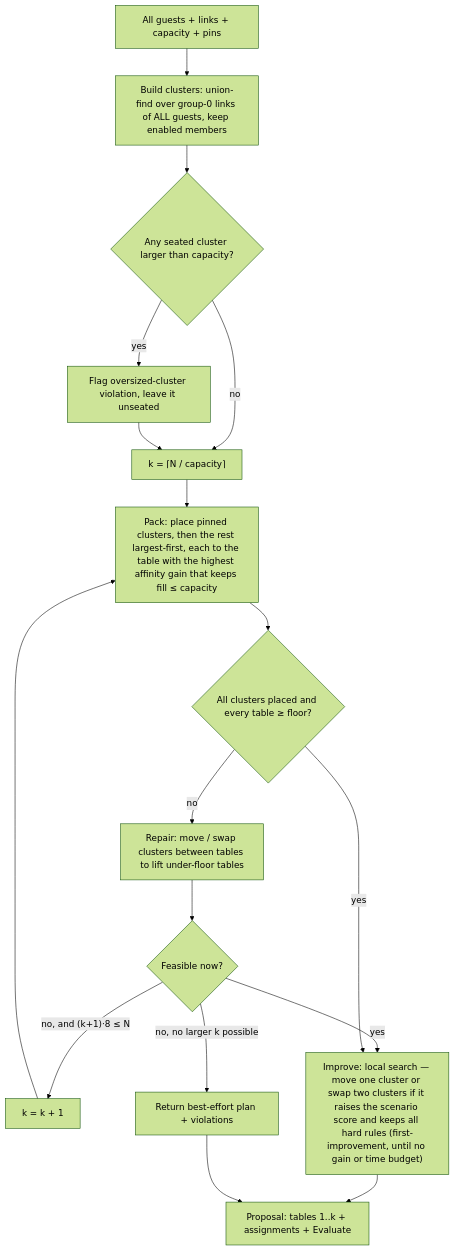
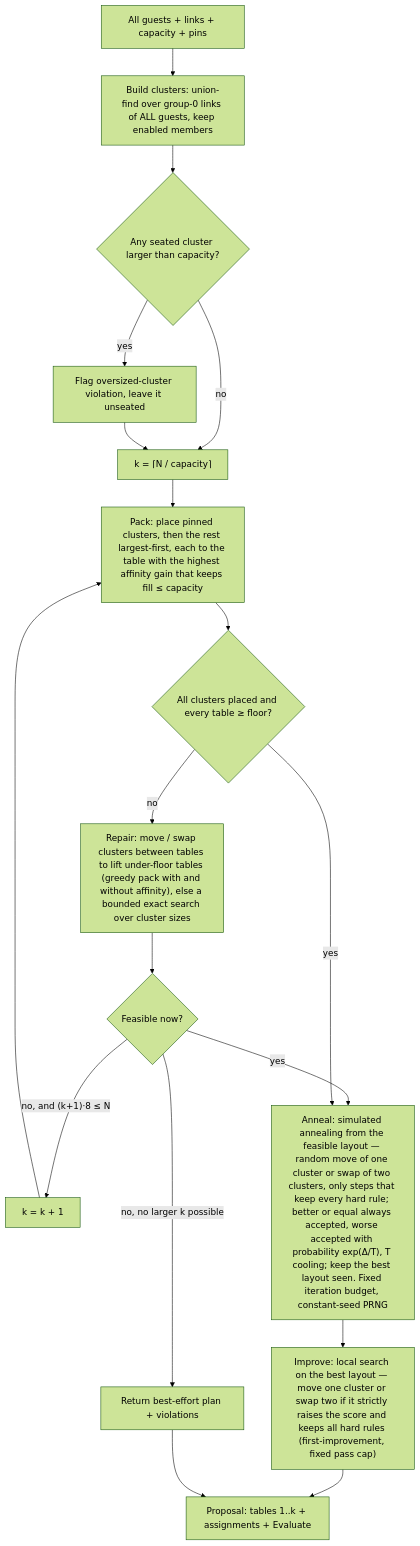
The diagram in docs/architecture/03-seating-model.md (emicon123/wedding-seating-planner), drawn with Mermaid (forest theme) before and after one commit. The commit also changed other lines of this file and 3 other files, not shown here.

First line of the commit message:
docs(architecture): simulated-annealing stage for auto-seating (task 008, phase A)

````diff
--- a/docs/architecture/03-seating-model.md
+++ b/docs/architecture/03-seating-model.md
@@ -68,18 +70,19 @@
 ```mermaid
 flowchart TD
     A[All guests + links + capacity + pins] --> B["Build clusters: union-find over group-0 links of ALL guests, keep enabled members"]
     B --> C{"Any seated cluster larger than capacity?"}
     C -- yes --> C1["Flag oversized-cluster violation, leave it unseated"]
     C -- no --> D
     C1 --> D["k = ⌈N / capacity⌉"]
     D --> E["Pack: place pinned clusters, then the rest largest-first, each to the table with the highest affinity gain that keeps fill ≤ capacity"]
     E --> F{"All clusters placed and every table ≥ floor?"}
-    F -- no --> G[Repair: move / swap clusters between tables to lift under-floor tables]
+    F -- no --> G["Repair: move / swap clusters between tables to lift under-floor tables (greedy pack with and without affinity), else a bounded exact search over cluster sizes"]
     G --> H{Feasible now?}
     H -->|"no, and (k+1)·8 ≤ N"| I[k = k + 1] --> E
     H -->|"no, no larger k possible"| R[Return best-effort plan + violations]
     H -- yes --> J
-    F -- yes --> J["Improve: local search — move one cluster or swap two clusters if it raises the scenario score and keeps all hard rules (first-improvement, until no gain or time budget)"]
-    J --> K["Proposal: tables 1..k + assignments + Evaluate"]
+    F -- yes --> J["Anneal: simulated annealing from the feasible layout — random move of one cluster or swap of two clusters, only steps that keep every hard rule; better or equal always accepted, worse accepted with probability exp(Δ/T), T cooling; keep the best layout seen. Fixed iteration budget, constant-seed PRNG"]
+    J --> J2["Improve: local search on the best layout — move one cluster or swap two if it strictly raises the score and keeps all hard rules (first-improvement, fixed pass cap)"]
+    J2 --> K["Proposal: tables 1..k + assignments + Evaluate"]
     R --> K
 ```
````
